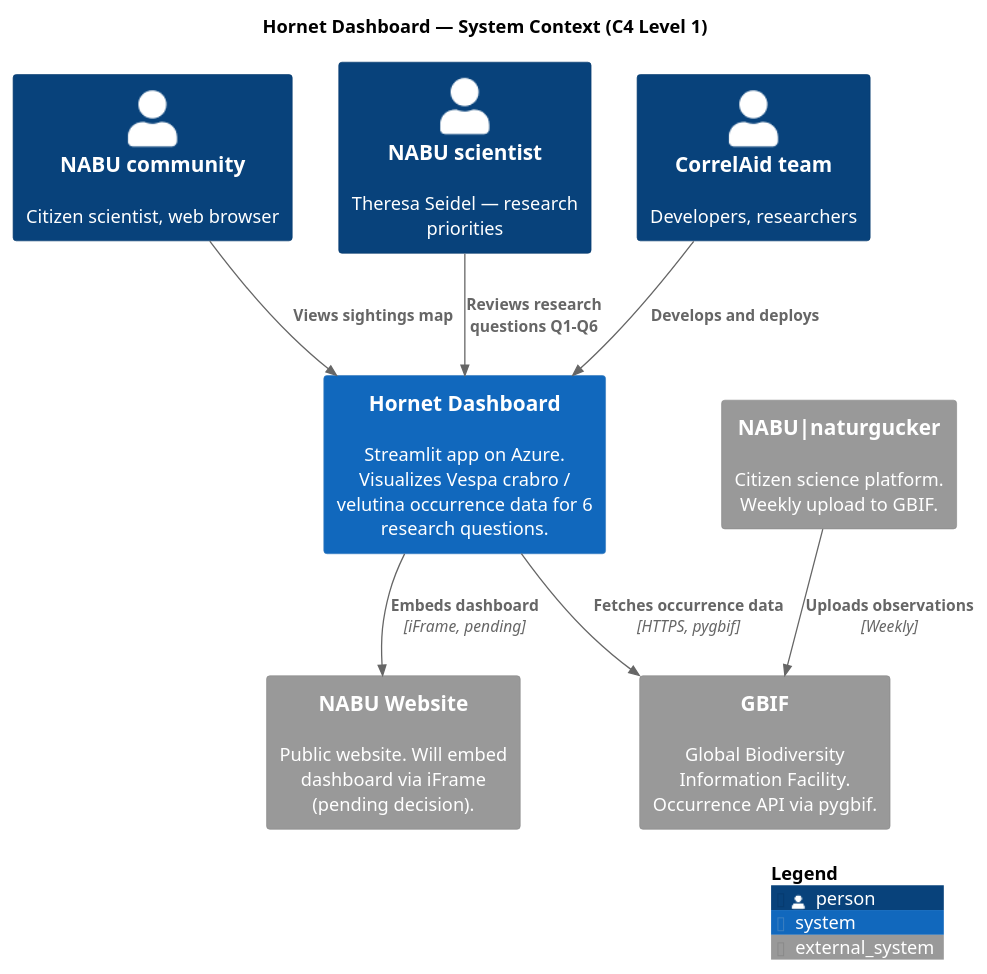
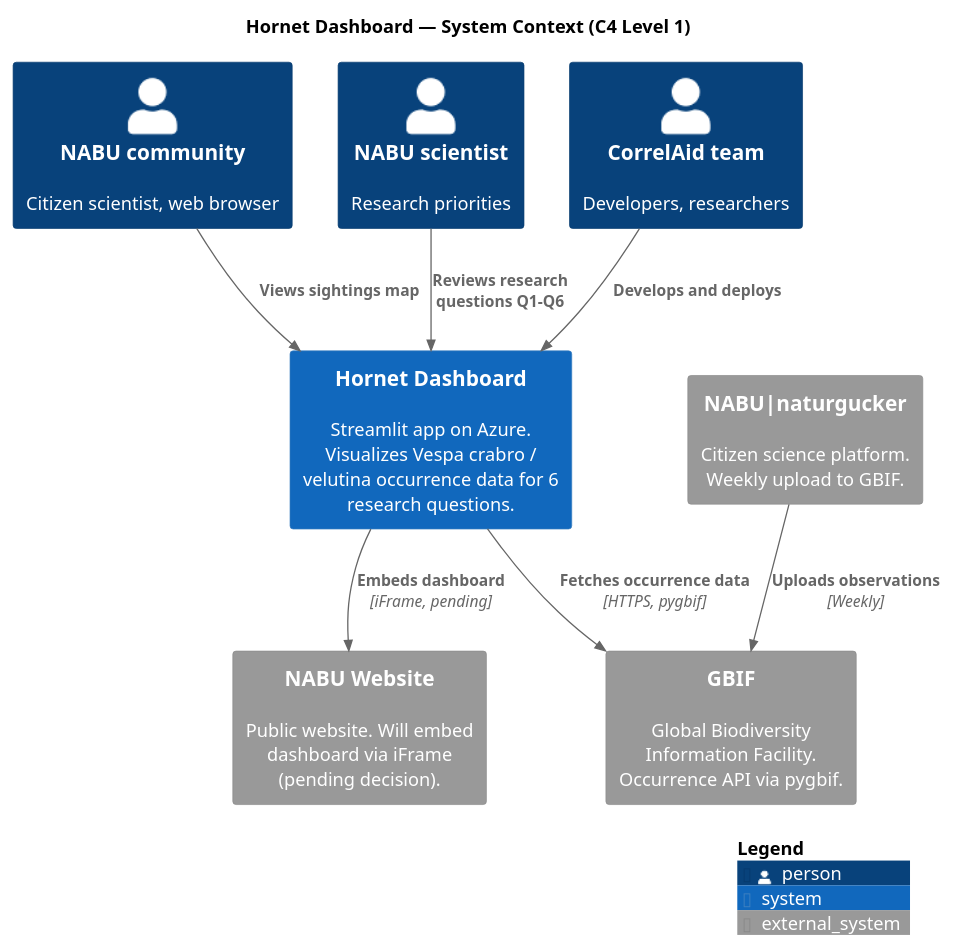
The diagram in docs/architecture/c4-l1-context.puml (VitaliiShevchuk2023/hornet-dashboard), drawn with PlantUML before and after one commit. The commit also changed 1 other file, not shown here.

Commit message:
Update L1 diagram: simplify NABU scientist description

```diff
--- a/docs/architecture/c4-l1-context.puml
+++ b/docs/architecture/c4-l1-context.puml
@@ -1,25 +1,25 @@
 @startuml C4_L1_SystemContext
 !include c4lib/C4_Context.puml
 
 title Hornet Dashboard — System Context (C4 Level 1)
 
 Person(community, "NABU community", "Citizen scientist, web browser")
-Person(scientist, "NABU scientist", "Theresa Seidel — research priorities")
+Person(scientist, "NABU scientist", "Research priorities")
 Person(dev, "CorrelAid team", "Developers, researchers")
 
 System(dashboard, "Hornet Dashboard", "Streamlit app on Azure. Visualizes Vespa crabro / velutina occurrence data for 6 research questions.")
 
 System_Ext(gbif, "GBIF", "Global Biodiversity Information Facility. Occurrence API via pygbif.")
 System_Ext(naturgucker, "NABU|naturgucker", "Citizen science platform. Weekly upload to GBIF.")
 System_Ext(nabuweb, "NABU Website", "Public website. Will embed dashboard via iFrame (pending decision).")
 
 Rel(community, dashboard, "Views sightings map")
 Rel(scientist, dashboard, "Reviews research questions Q1-Q6")
 Rel(dev, dashboard, "Develops and deploys")
 
 Rel(dashboard, gbif, "Fetches occurrence data", "HTTPS, pygbif")
 Rel(naturgucker, gbif, "Uploads observations", "Weekly")
 Rel(dashboard, nabuweb, "Embeds dashboard", "iFrame, pending")
 
 SHOW_LEGEND()
 @enduml
```
